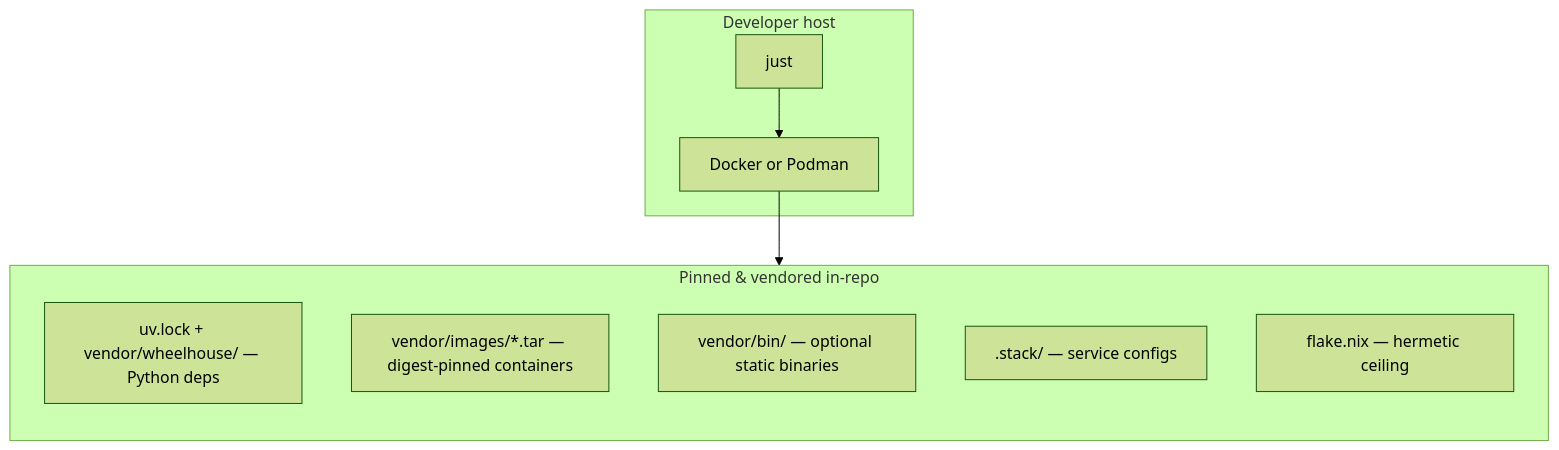
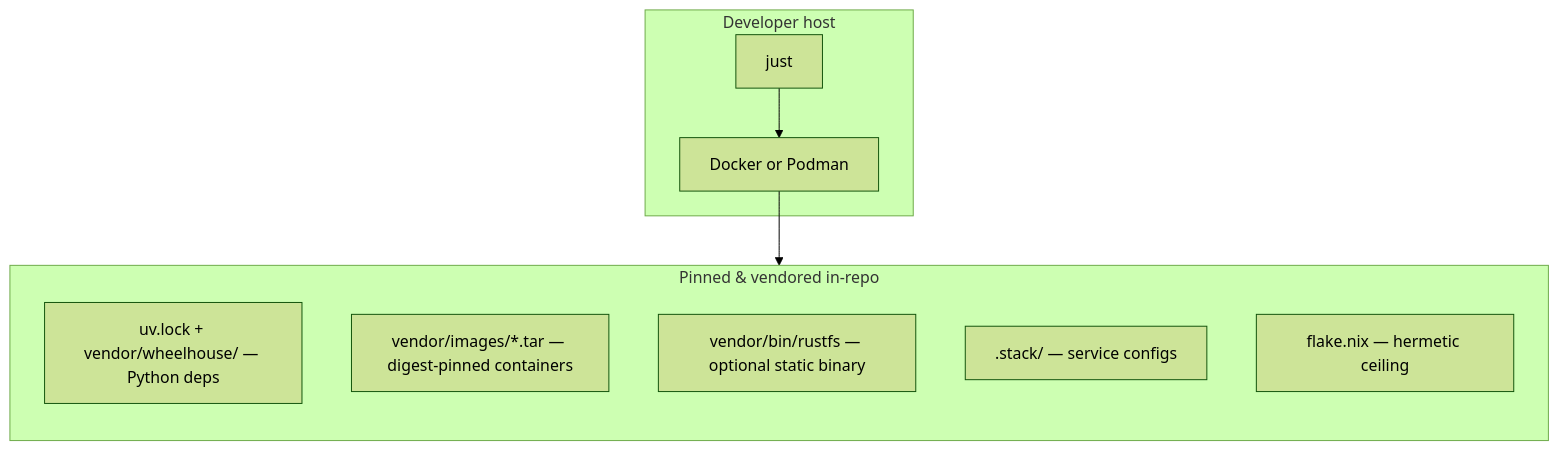
The fifth of 6 diagrams in docs/DESIGN.md (mblaauw/alpha-lake), drawn with Mermaid (forest theme) before and after one commit. The commit also changed other lines of this file and 8 other files, not shown here.

````diff
--- a/docs/DESIGN.md
+++ b/docs/DESIGN.md
@@ -803,17 +803,17 @@
 ```mermaid
 flowchart TB
   subgraph HOST[Developer host]
     J[just]
     CR[Docker or Podman]
   end
   subgraph PIN[Pinned & vendored in-repo]
     direction TB
     PY[uv.lock + vendor/wheelhouse/ — Python deps]
     IMG[vendor/images/*.tar — digest-pinned containers]
-    BIN[vendor/bin/ — optional static binaries]
+    BIN[vendor/bin/rustfs — optional static binary]
     CFG[.stack/ — service configs]
     NIX[flake.nix — hermetic ceiling]
   end
   J --> CR
   CR --> IMG
 ```
````
